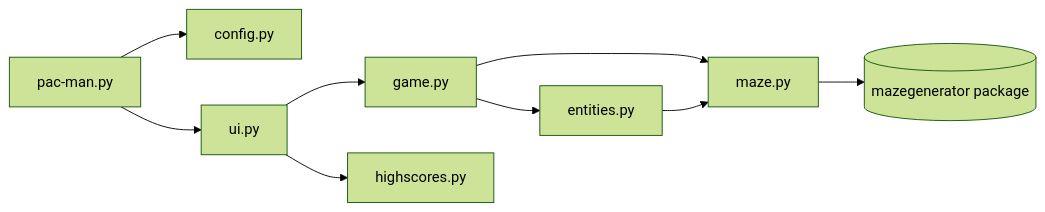
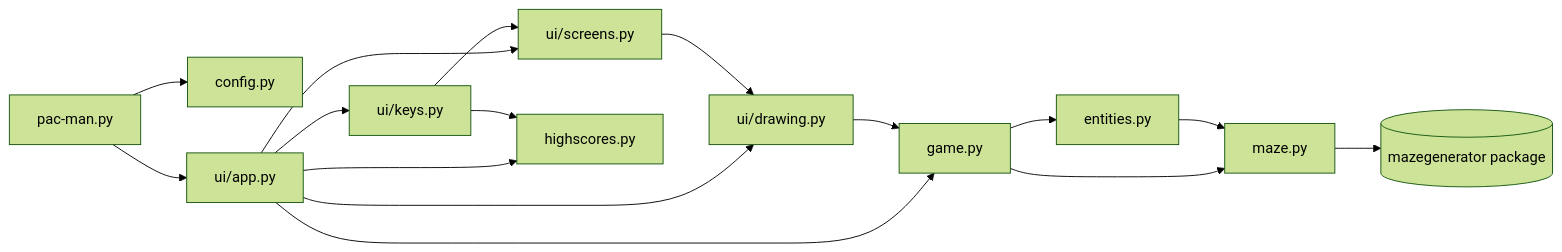
The fourth of 6 diagrams in project_management/diagrams.md (FatemehYSF/Pacman_Coco), drawn with Mermaid (forest theme) before and after one commit. The commit also changed other lines of this file and 10 other files, not shown here.

````diff
--- a/project_management/diagrams.md
+++ b/project_management/diagrams.md
@@ -56,11 +56,18 @@
 ```mermaid
 flowchart LR
     main[pac-man.py] --> config[config.py]
-    main --> ui[ui.py]
-    ui --> game[game.py]
-    ui --> highscores[highscores.py]
+    main --> app[ui/app.py]
+    app --> keys[ui/keys.py]
+    app --> screens[ui/screens.py]
+    app --> game[game.py]
+    app --> highscores[highscores.py]
+    app --> drawing
+    keys --> screens
+    keys --> highscores
+    screens --> drawing[ui/drawing.py]
+    drawing --> game
     game --> maze[maze.py]
     game --> entities[entities.py]
     entities --> maze
     maze --> gen[(mazegenerator package)]
 ```
````
